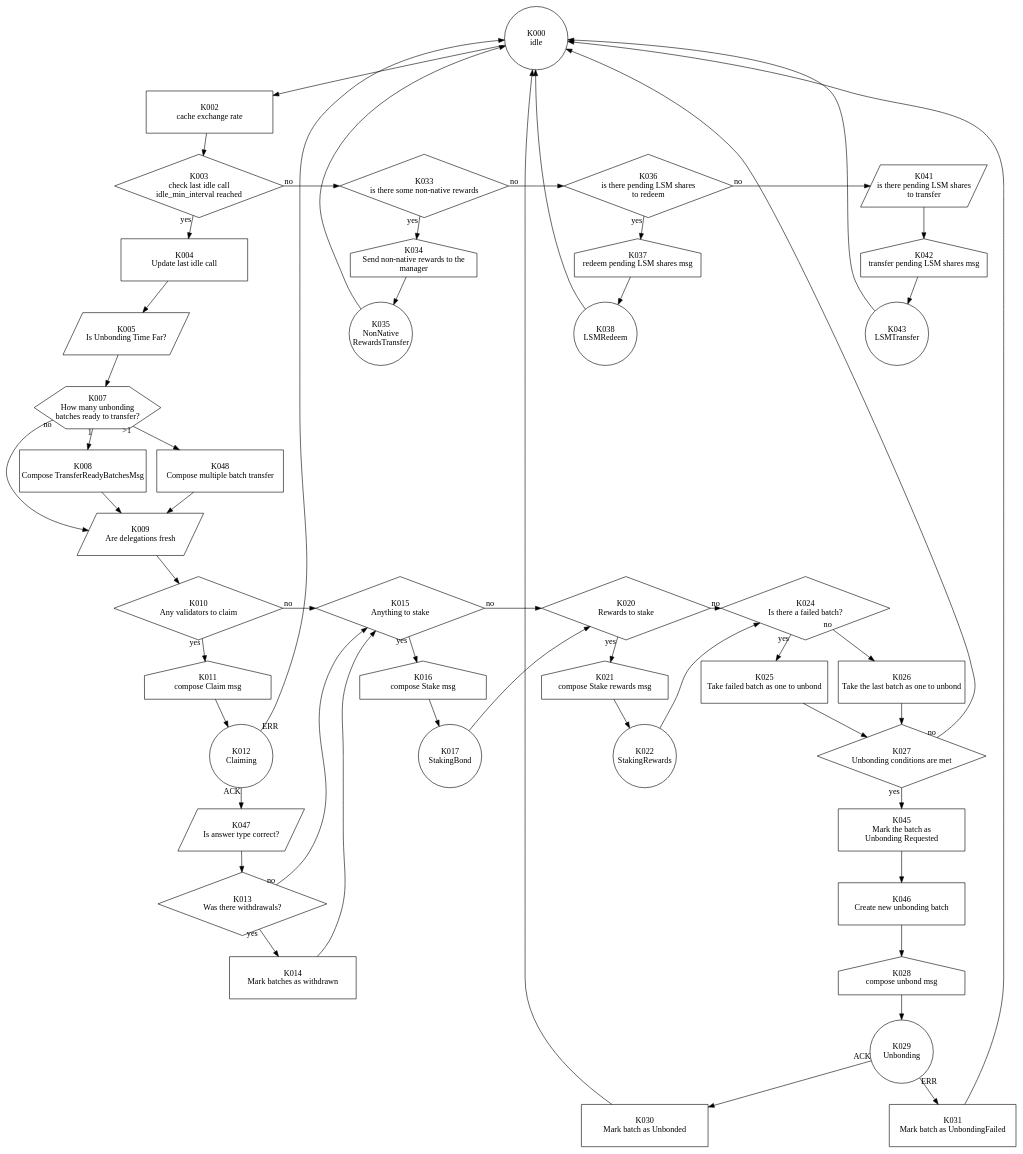
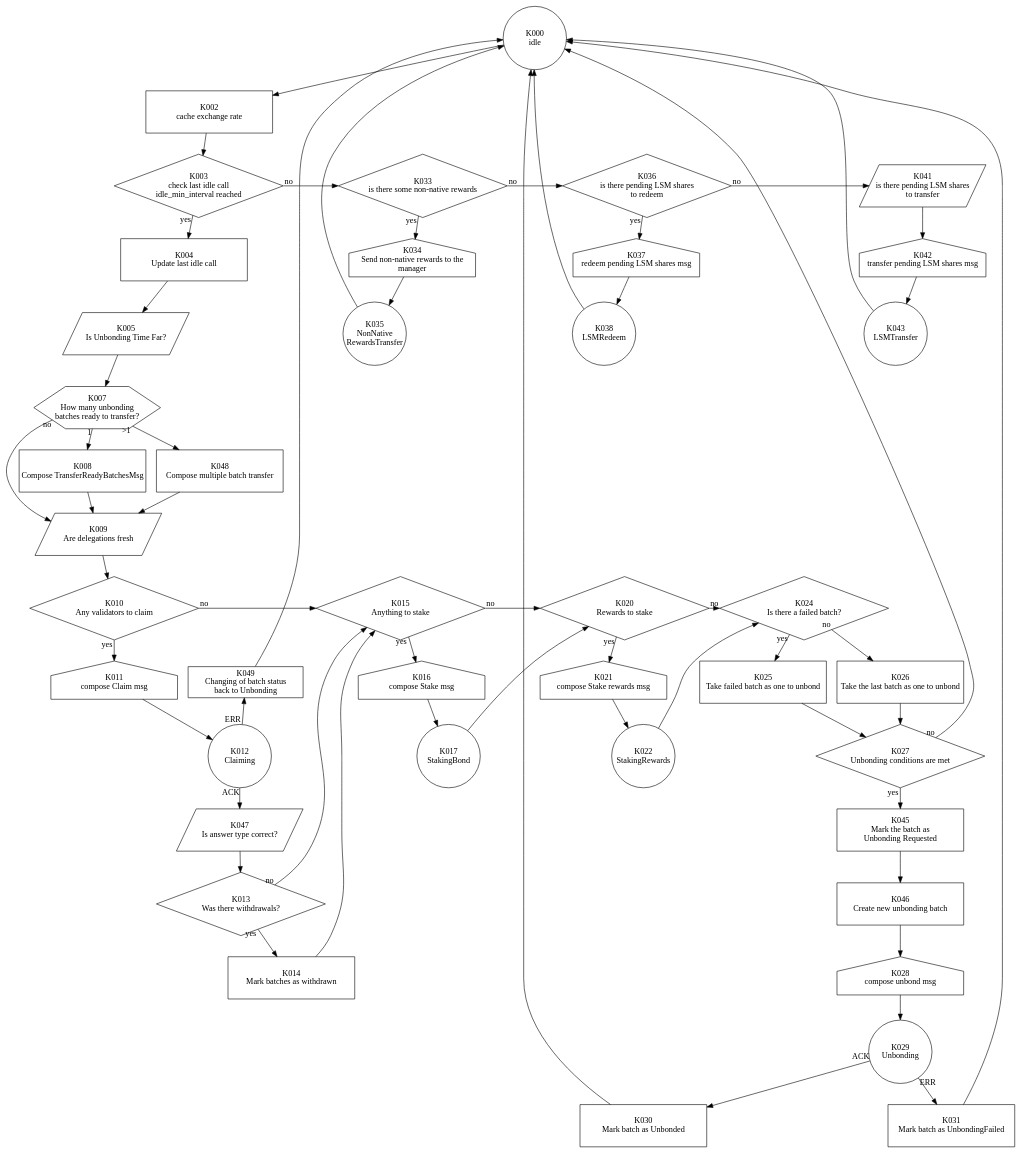
Before and after one commit to hadronlabs-org/drop-contracts: the diagram in graph.gv, drawn with Graphviz. The commit also changed 2 other files, not shown here.

Commit message:
feat: changing of batch status back to Unbonding knot

```diff
--- a/graph.gv
+++ b/graph.gv
@@ -1,178 +1,180 @@
 digraph G {
     layout = dot;
     rankdir = TB;
     
     subgraph {
         rank = same;
         K000 [label = "K000\nidle";shape = circle;fixedsize = true;width = 1.5;height = 1.5;];
     }
     
     subgraph {
         rank = same;
         K002 [label = "K002\ncache exchange rate";shape = box;fixedsize = true;width = 3;height = 1;];
     }
     
     subgraph {
         rank = same;
         K003 [label = "K003\ncheck last idle call\nidle_min_interval reached";shape = diamond;fixedsize = true;width = 4;height = 1.5;];
         K033 [label = "K033\nis there some non-native rewards";shape = diamond;fixedsize = true;width = 4;height = 1.5;];
         K036 [label = "K036\nis there pending LSM shares\nto redeem";shape = diamond;fixedsize = true;width = 4;height = 1.5;];
         K041 [label = "K041\nis there pending LSM shares\nto transfer";shape = polygon;sides = 4;skew = .4;fixedsize = true;width = 3;height = 1;];
     }
     
     subgraph {
         rank = same;
         K004 [label = "K004\nUpdate last idle call";shape = box;fixedsize = true;width = 3;height = 1;];
         K034 [label = "K034\nSend non-native rewards to the\nmanager";shape = house;fixedsize = true;width = 3;height = 1;];
         K037 [label = "K037\nredeem pending LSM shares msg";shape = house;fixedsize = true;width = 3;height = 1;];
         K042 [label = "K042\ntransfer pending LSM shares msg";shape = house;fixedsize = true;width = 3;height = 1;];
     }
     
     subgraph {
         rank = same;
         K005 [label = "K005\nIs Unbonding Time Far?";shape = polygon;sides = 4;skew = .4;fixedsize = true;width = 3;height = 1;];
         K035 [label = "K035\nNonNative\nRewardsTransfer";shape = circle;fixedsize = true;width = 1.5;height = 1.5;];
         K038 [label = "K038\nLSMRedeem";shape = circle;fixedsize = true;width = 1.5;height = 1.5;];
         K043 [label = "K043\nLSMTransfer";shape = circle;fixedsize = true;width = 1.5;height = 1.5;];
     }
     
     subgraph {
         rank = same;
         K007 [label = "K007\nHow many unbonding\nbatches ready to transfer?";shape = hexagon;fixedsize = true;width = 3;height = 1;];
     }
     
     subgraph {
         rank = same;
         K008 [label = "K008\nCompose TransferReadyBatchesMsg";shape = box;fixedsize = true;width = 3;height = 1;];
         K048 [label = "K048\nCompose multiple batch transfer";shape = box;fixedsize = true;width = 3;height = 1;];
     }
     
     subgraph {
         rank = same;
         K009 [label = "K009\nAre delegations fresh";shape = polygon;sides = 4;skew = .4;fixedsize = true;width = 3;height = 1;];
     }
     
     subgraph {
         rank = same;
         K010 [label = "K010\nAny validators to claim";shape = diamond;fixedsize = true;width = 4;height = 1.5;];
         K015 [label = "K015\nAnything to stake";shape = diamond;fixedsize = true;width = 4;height = 1.5;];
         K020 [label = "K020\nRewards to stake";shape = diamond;fixedsize = true;width = 4;height = 1.5;];
         K024 [label = "K024\nIs there a failed batch?";shape = diamond;fixedsize = true;width = 4;height = 1.5;];
     }
     
     subgraph {
         rank = same;
         K011 [label = "K011\ncompose Claim msg";shape = house;fixedsize = true;width = 3;height = 1;];
         K016 [label = "K016\ncompose Stake msg";shape = house;fixedsize = true;width = 3;height = 1;];
         K021 [label = "K021\ncompose Stake rewards msg";shape = house;fixedsize = true;width = 3;height = 1;];
         K025 [label = "K025\nTake failed batch as one to unbond";shape = box;fixedsize = true;width = 3;height = 1;];
         K026 [label = "K026\nTake the last batch as one to unbond";shape = box;fixedsize = true;width = 3;height = 1;];
+        K049 [label = "K049\nChanging of batch status\nback to Unbonding";shape = box;];
     }
     
     subgraph {
         rank = same;
         K012 [label = "K012\nClaiming";shape = circle;fixedsize = true;width = 1.5;height = 1.5;];
         K017 [label = "K017\nStakingBond";shape = circle;fixedsize = true;width = 1.5;height = 1.5;];
         K022 [label = "K022\nStakingRewards";shape = circle;fixedsize = true;width = 1.5;height = 1.5;];
         K027 [label = "K027\nUnbonding conditions are met";shape = diamond;fixedsize = true;width = 4;height = 1.5;];
     }
     
     subgraph {
         rank = same;
         K047 [label = "K047\nIs answer type correct?";shape = polygon;sides = 4;skew = .4;fixedsize = true;width = 3;height = 1;];
         K045 [label = "K045\nMark the batch as\nUnbonding Requested";shape = box;fixedsize = true;width = 3;height = 1;];
     }
     
     subgraph {
         rank = same;
         K013 [label = "K013\nWas there withdrawals?";shape = diamond;fixedsize = true;width = 4;height = 1.5;];
         K046 [label = "K046\nCreate new unbonding batch";shape = box;fixedsize = true;width = 3;height = 1;];
     }
     
     subgraph {
         rank = same;
         K014 [label = "K014\nMark batches as withdrawn";shape = box;fixedsize = true;width = 3;height = 1;];
         K028 [label = "K028\ncompose unbond msg";shape = house;fixedsize = true;width = 3;height = 1;];
     }
     
     subgraph {
         rank = same;
         K029 [label = "K029\nUnbonding";shape = circle;fixedsize = true;width = 1.5;height = 1.5;];
     }
     
     subgraph {
         rank = same;
         K030 [label = "K030\nMark batch as Unbonded";shape = box;fixedsize = true;width = 3;height = 1;];
         K031 [label = "K031\nMark batch as UnbondingFailed";shape = box;fixedsize = true;width = 3;height = 1;];
     }
     
     K000 -> K002;
     K002 -> K003;
     K003 -> K033 [taillabel = "no";];
     
     K033 -> K034 [taillabel = "yes";];
     K034 -> K035;
     K033 -> K036 [taillabel = "no";];
     K036 -> K037 [taillabel = "yes";];
     K037 -> K038;
     K036 -> K041 [taillabel = "no";];
     K041 -> K042;
     K042 -> K043;
     
     K003 -> K004 [taillabel = "yes";];
     K004 -> K005;
     K005 -> K007;
     
     K007 -> K008 [taillabel = "1";];
     K007 -> K048 [taillabel = ">1";];
     K007 -> K009 [taillabel = "no";];
     
     K008 -> K009;
     K048 -> K009;
     
     K009 -> K010;
     K010 -> K015 [taillabel = "no";];
     
     K015 -> K016 [taillabel = "yes";];
     K016 -> K017;
     
     K015 -> K020 [taillabel = "no";];
     K020 -> K021 [taillabel = "yes";];
     K021 -> K022;
     
     K020 -> K024 [taillabel = "no";];
     K024 -> K025 [taillabel = "yes";];
     K028 -> K029;
     
     K024 -> K026 [taillabel = "no";];
     K010 -> K011 [taillabel = "yes";];
     K011 -> K012;
     
     K038 -> K000;
     K043 -> K000;
     K035 -> K000;
     
     K013 -> K014 [taillabel = "yes";];
     K013 -> K015 [taillabel = "no";];
     
     K012 -> K047 [taillabel = "ACK";];
-    K012 -> K000 [taillabel = "ERR";];
+    K012 -> K049 [taillabel = "ERR";];
+    K049 -> K000;
     K047 -> K013;
     K014 -> K015;
     
     K017 -> K020;
     K022 -> K024;
     
     K029 -> K030 [taillabel = "ACK";];
     K029 -> K031 [taillabel = "ERR";];
     
     K030 -> K000;
     K031 -> K000;
     K025 -> K027;
     K026 -> K027;
     
     K027 -> K045 [taillabel = "yes";];
     K027 -> K000 [taillabel = "no";];
     K045 -> K046;
     K046 -> K028;
 }
```
